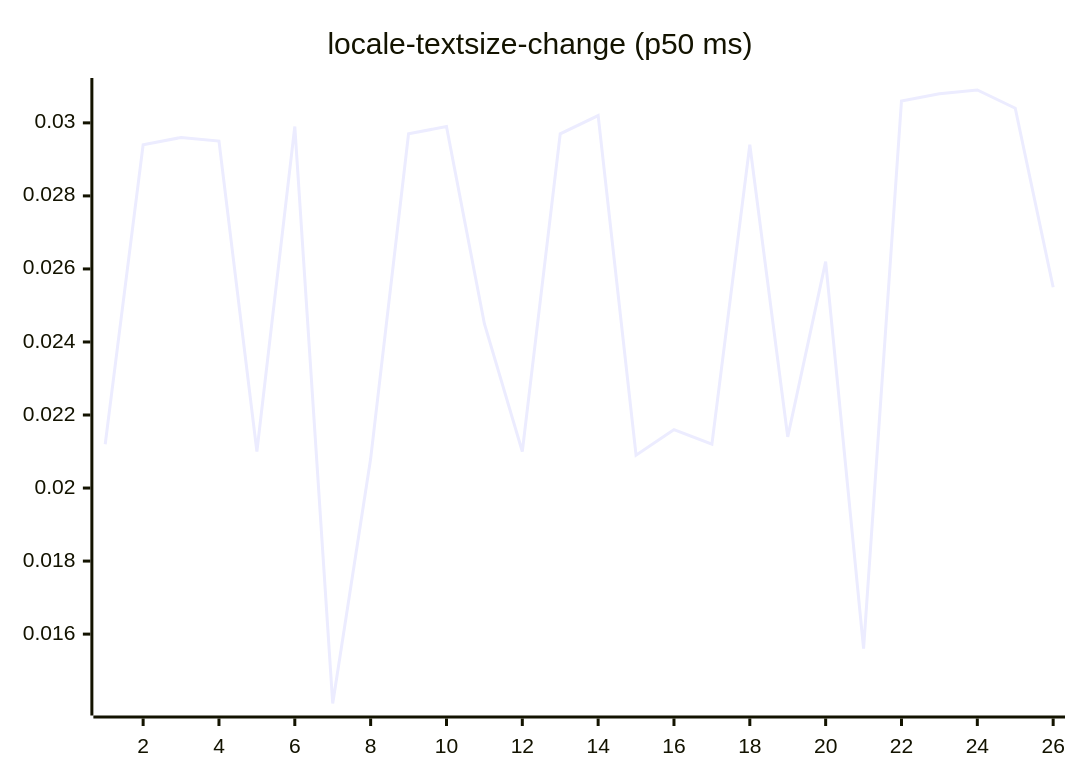
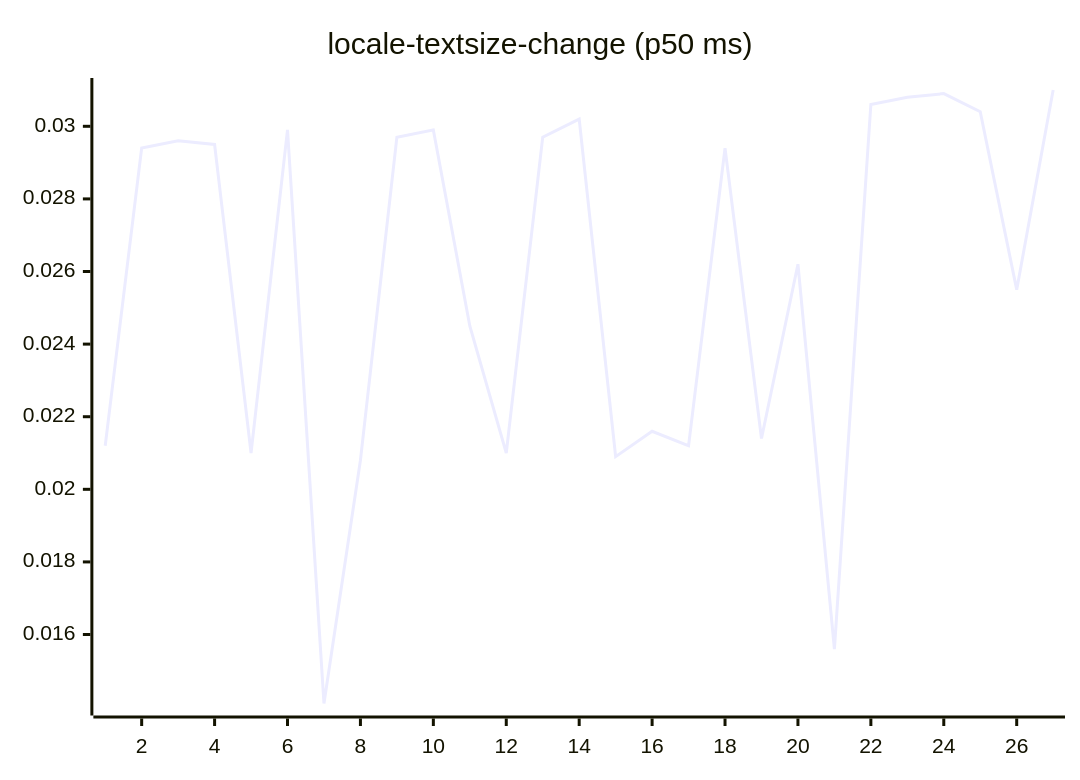
Before and after one commit to josha/Facet: diagram 13 of 27 in README.md, drawn with Mermaid. The commit also changed other lines of this file and 2 other files, not shown here.

````diff
--- a/README.md
+++ b/README.md
@@ -147,6 +147,6 @@
 ```mermaid
 xychart-beta
     title "locale-textsize-change (p50 ms)"
-    x-axis 1 --> 26
-    line [0.0212, 0.0294, 0.0296, 0.0295, 0.0210, 0.0299, 0.0141, 0.0208, 0.0297, 0.0299, 0.0245, 0.0210, 0.0297, 0.0302, 0.0209, 0.0216, 0.0212, 0.0294, 0.0214, 0.0262, 0.0156, 0.0306, 0.0308, 0.0309, 0.0304, 0.0255]
+    x-axis 1 --> 27
+    line [0.0212, 0.0294, 0.0296, 0.0295, 0.0210, 0.0299, 0.0141, 0.0208, 0.0297, 0.0299, 0.0245, 0.0210, 0.0297, 0.0302, 0.0209, 0.0216, 0.0212, 0.0294, 0.0214, 0.0262, 0.0156, 0.0306, 0.0308, 0.0309, 0.0304, 0.0255, 0.0310]
 ```
````
